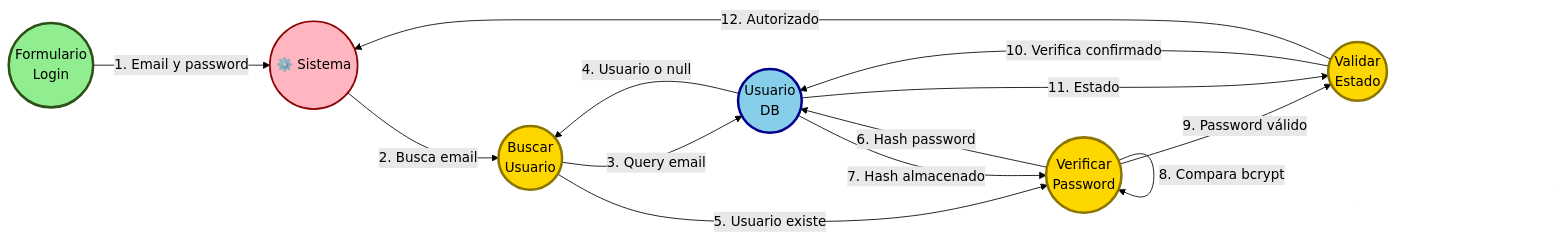
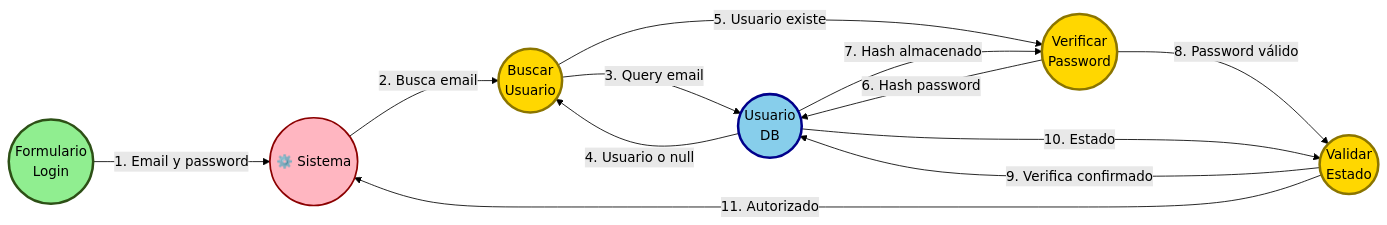
One commit to cgala/TFI_HybridParking changed the eighth of 12 diagrams in diagrama-robustez-uml.md. Above: the diagram before and after it, drawn with Mermaid (forest theme).

Commit message:
Fix: Eliminar flecha auto-referencial en diagrama 8 (Validar Credenciales)
- Eliminada flecha "8. Compara bcrypt" que iba de C2 a C2
- La comparación bcrypt es un proceso interno de Verificar Password
- Renumeradas flechas subsiguientes (9→8, 10→9, 11→10, 12→11)

````diff
--- a/diagrama-robustez-uml.md
+++ b/diagrama-robustez-uml.md
@@ -456,38 +456,37 @@
 ```mermaid
 graph LR
     Actor((⚙️ Sistema))
 
     %% BOUNDARIES
     B1((Formulario<br/>Login))
 
     %% CONTROLS
     C1((Buscar<br/>Usuario))
     C2((Verificar<br/>Password))
     C3((Validar<br/>Estado))
 
     %% ENTITIES
     E1((Usuario<br/>DB))
 
     B1 -->|1. Email y password| Actor
     Actor -->|2. Busca email| C1
     C1 -->|3. Query email| E1
     E1 -->|4. Usuario o null| C1
     C1 -->|5. Usuario existe| C2
     C2 -->|6. Hash password| E1
     E1 -->|7. Hash almacenado| C2
-    C2 -->|8. Compara bcrypt| C2
-    C2 -->|9. Password válido| C3
-    C3 -->|10. Verifica confirmado| E1
-    E1 -->|11. Estado| C3
-    C3 -->|12. Autorizado| Actor
+    C2 -->|8. Password válido| C3
+    C3 -->|9. Verifica confirmado| E1
+    E1 -->|10. Estado| C3
+    C3 -->|11. Autorizado| Actor
 
     classDef boundary fill:#90EE90,stroke:#2d5016,stroke-width:3px,color:#000
     classDef control fill:#FFD700,stroke:#8B7500,stroke-width:3px,color:#000
     classDef entity fill:#87CEEB,stroke:#00008B,stroke-width:3px,color:#000
     classDef actor fill:#FFB6C1,stroke:#8B0000,stroke-width:2px,color:#000
 
     class B1 boundary
     class C1,C2,C3 control
     class E1 entity
     class Actor actor
 ```
````
